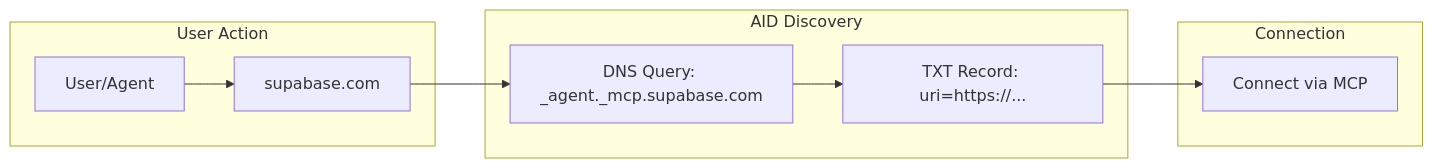
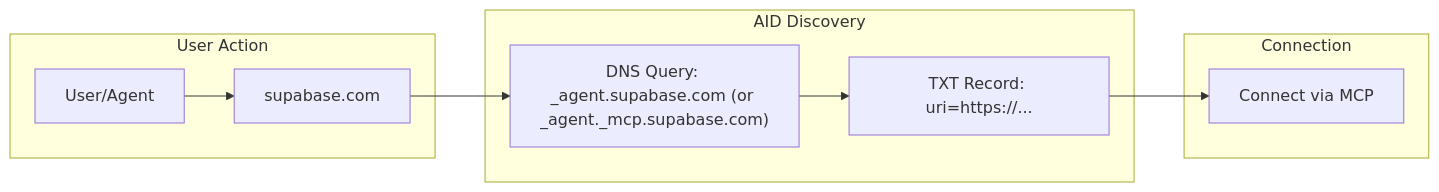
The diagram in packages/docs/index.md (agentcommunity/agent-interface-discovery), drawn with Mermaid before and after one commit. The commit also changed other lines of this file and 50 other files, not shown here.

````diff
--- a/packages/docs/index.md
+++ b/packages/docs/index.md
@@ -20,13 +29,13 @@
 ```mermaid
 flowchart LR
     subgraph User Action
         User["User/Agent"] --> Domain["supabase.com"];
     end
     subgraph AID Discovery
-        Domain --> DNS["DNS Query: _agent._mcp.supabase.com"];
+        Domain --> DNS["DNS Query: _agent.supabase.com (or _agent._mcp.supabase.com)"];
         DNS --> Endpoint["TXT Record: uri=https://..."];
     end
     subgraph Connection
         Endpoint --> MCP["Connect via MCP"];
     end
 ```
````
